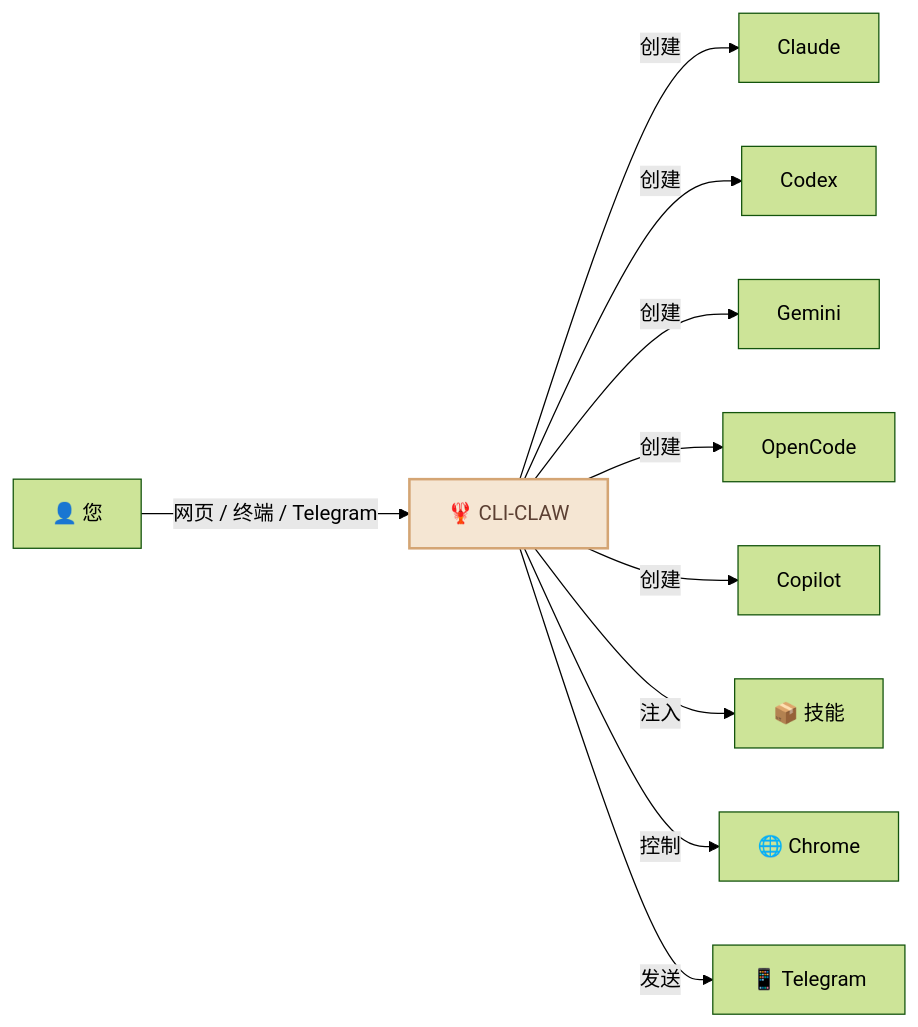
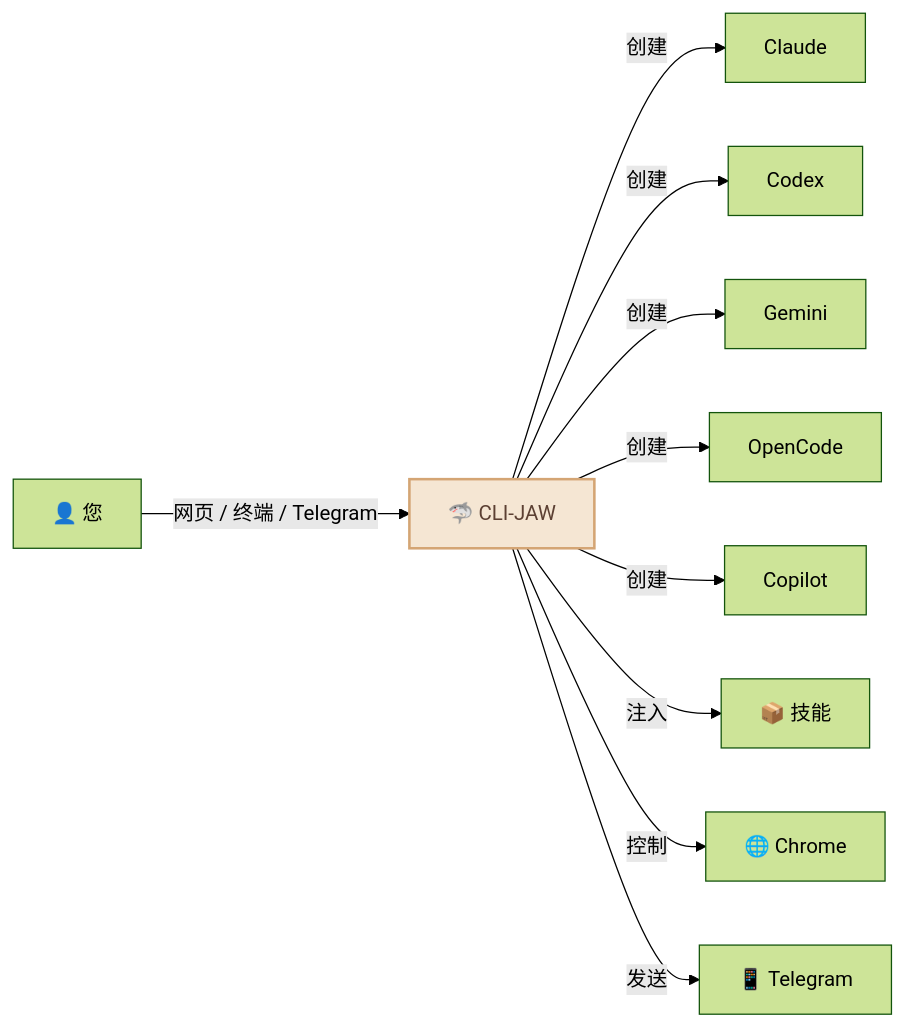
Before and after one commit to lidge-jun/cli-jaw: the first of 3 diagrams in README.zh-CN.md, drawn with Mermaid (forest theme). The commit also changed other lines of this file and 72 other files, not shown here.

First line of the commit message:
🦈 rename cli-claw → cli-jaw (full rebrand)

````diff
--- a/README.zh-CN.md
+++ b/README.zh-CN.md
@@ -46,14 +46,14 @@
 ```mermaid
 graph LR
-    YOU["👤 您"] -->|网页 / 终端 / Telegram| CLAW["🦞 CLI-CLAW"]
+    YOU["👤 您"] -->|网页 / 终端 / Telegram| CLAW["🦈 CLI-JAW"]
     CLAW -->|创建| C["Claude"]
     CLAW -->|创建| X["Codex"]
     CLAW -->|创建| G["Gemini"]
     CLAW -->|创建| O["OpenCode"]
     CLAW -->|创建| P["Copilot"]
     CLAW -->|注入| SK["📦 技能"]
     CLAW -->|控制| BR["🌐 Chrome"]
     CLAW -->|发送| TG["📱 Telegram"]
     
     style CLAW fill:#f5e6d3,stroke:#d4a574,stroke-width:2px,color:#5c4033
 ```
````
